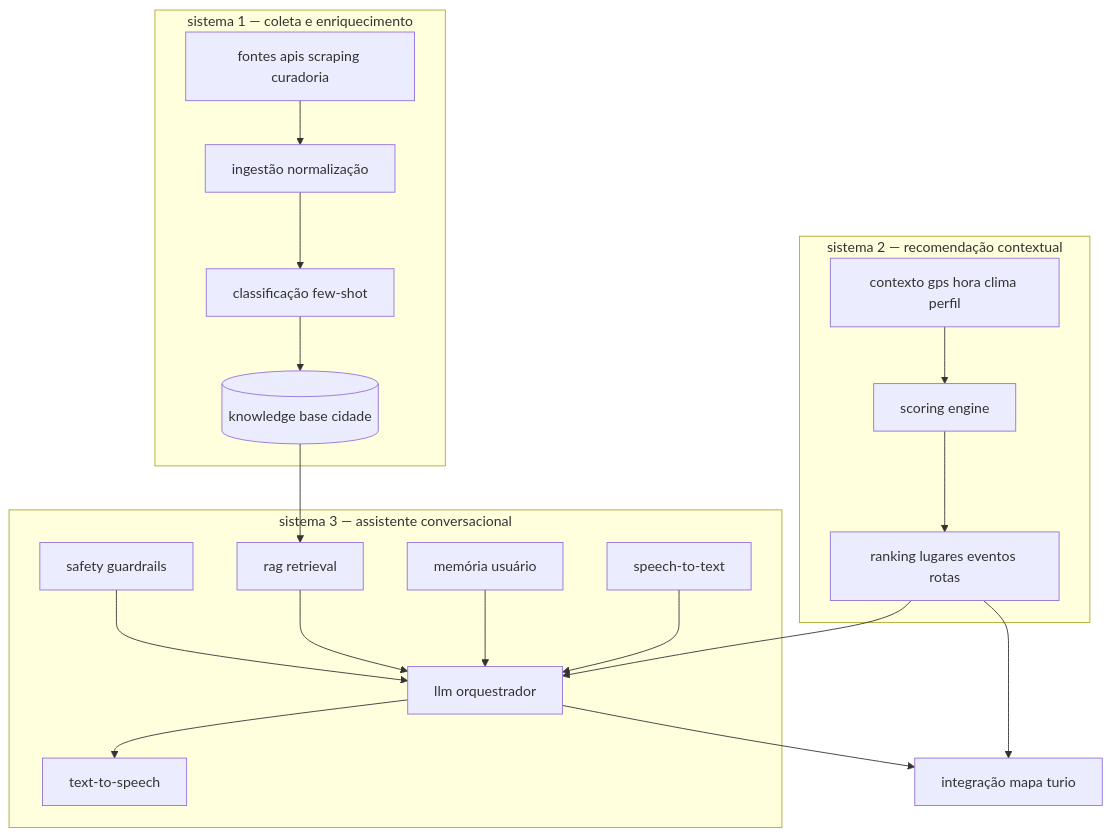
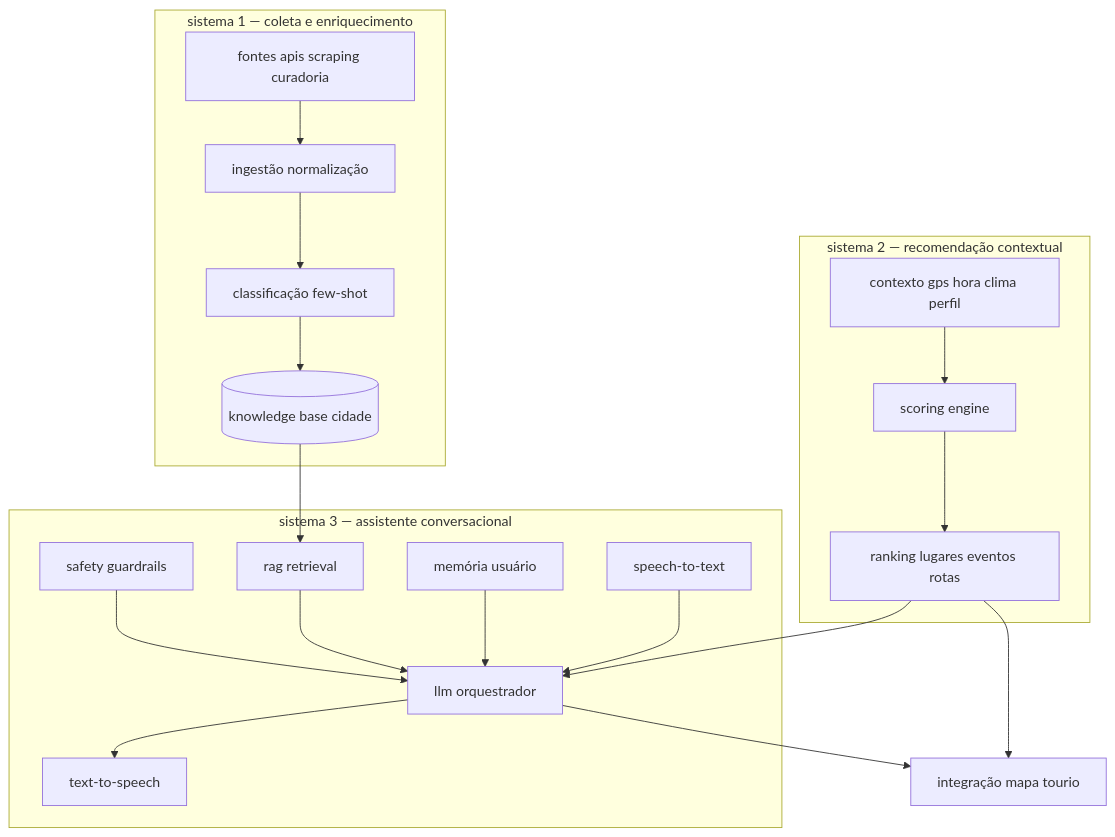
Before and after one commit to bengo501/torneio_empreendedorismo_2026: the diagram in docs/ARQUITETURA_IA.md, drawn with Mermaid. The commit also changed other lines of this file and 37 other files, not shown here.

First line of the commit message:
Rename project references from turio to tourio

````diff
--- a/docs/ARQUITETURA_IA.md
+++ b/docs/ARQUITETURA_IA.md
@@ -11,35 +11,35 @@
 ```mermaid
 flowchart TB
     subgraph S1 [sistema 1 — coleta e enriquecimento]
         SRC[fontes apis scraping curadoria]
         ING[ingestão normalização]
         CLS[classificação few-shot]
         DB[(knowledge base cidade)]
     end
 
     subgraph S2 [sistema 2 — recomendação contextual]
         CTX[contexto gps hora clima perfil]
         SCR[scoring engine]
         RNK[ranking lugares eventos rotas]
     end
 
     subgraph S3 [sistema 3 — assistente conversacional]
         STT[speech-to-text]
         LLM[llm orquestrador]
         RAG[rag retrieval]
         MEM[memória usuário]
         TTS[text-to-speech]
         SAF[safety guardrails]
     end
 
     SRC --> ING --> CLS --> DB
     DB --> RAG
     CTX --> SCR --> RNK
     RNK --> LLM
     STT --> LLM --> TTS
     MEM --> LLM
     RAG --> LLM
     SAF --> LLM
-    LLM --> MAP[integração mapa turio]
+    LLM --> MAP[integração mapa tourio]
     RNK --> MAP
 ```
````
